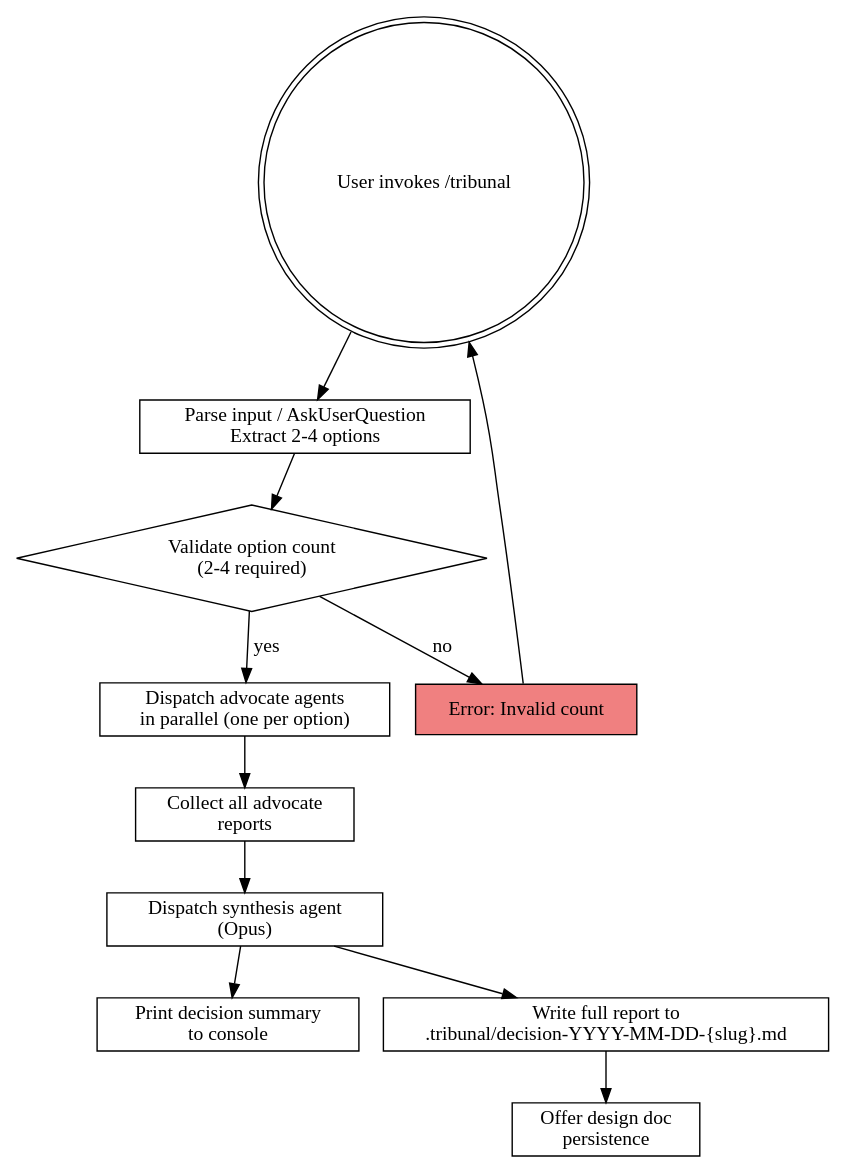
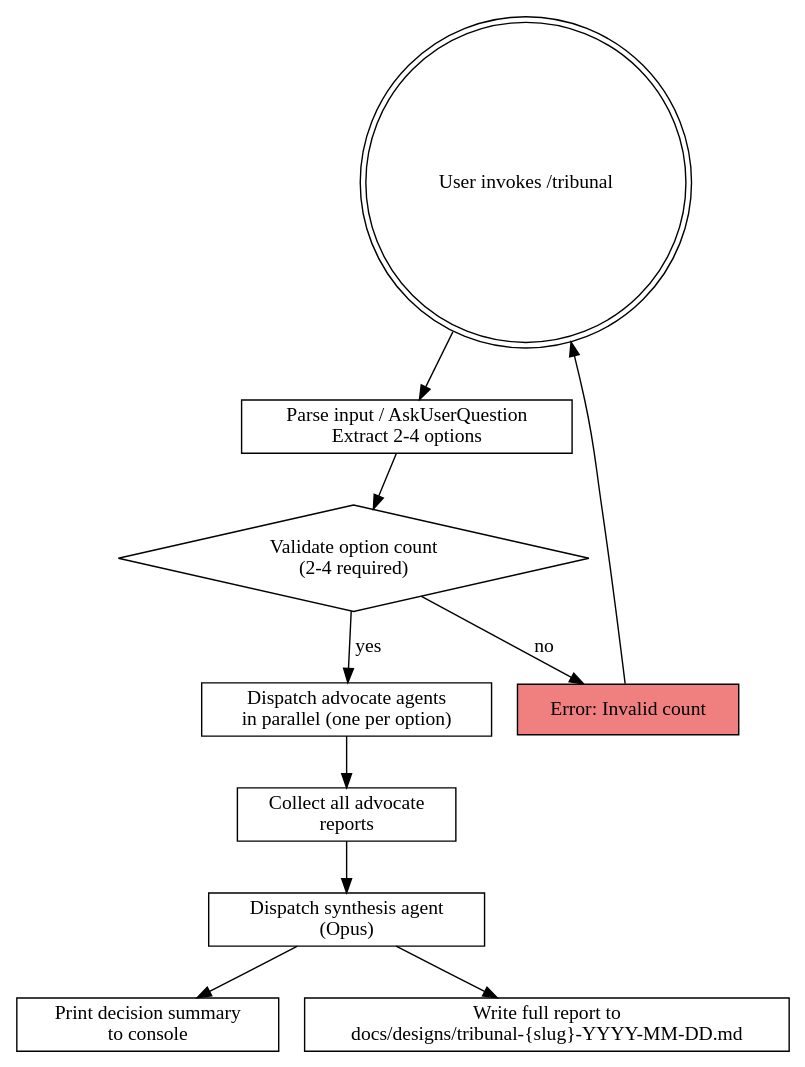
The diagram in skills/tribunal/SKILL.md (KwanwooLee36/dispatch), drawn with Graphviz before and after one commit. The commit also changed other lines of this file and 7 other files, not shown here.

First line of the commit message:
feat: consolidate all skill outputs to docs/designs/ as single write location

````diff
--- a/skills/tribunal/SKILL.md
+++ b/skills/tribunal/SKILL.md
@@ -186,28 +186,26 @@
 ```dot
 digraph tribunal_flow {
     rankdir=TB;
     node [shape=box];
 
     start [label="User invokes /tribunal" shape=doublecircle];
     parse [label="Parse input / AskUserQuestion\nExtract 2-4 options"];
     validate [label="Validate option count\n(2-4 required)" shape=diamond];
     error1 [label="Error: Invalid count" shape=box, style=filled, fillcolor=lightcoral];
     dispatch [label="Dispatch advocate agents\nin parallel (one per option)"];
     collect [label="Collect all advocate\nreports"];
     synthesis [label="Dispatch synthesis agent\n(Opus)"];
     console [label="Print decision summary\nto console"];
-    file [label="Write full report to\n.tribunal/decision-YYYY-MM-DD-{slug}.md"];
-    offer [label="Offer design doc\npersistence"];
+    file [label="Write full report to\ndocs/designs/tribunal-{slug}-YYYY-MM-DD.md"];
 
     start -> parse;
     parse -> validate;
     validate -> error1 [label="no"];
     validate -> dispatch [label="yes"];
     error1 -> start;
     dispatch -> collect;
     collect -> synthesis;
     synthesis -> console;
     synthesis -> file;
-    file -> offer;
 }
 ```
````
